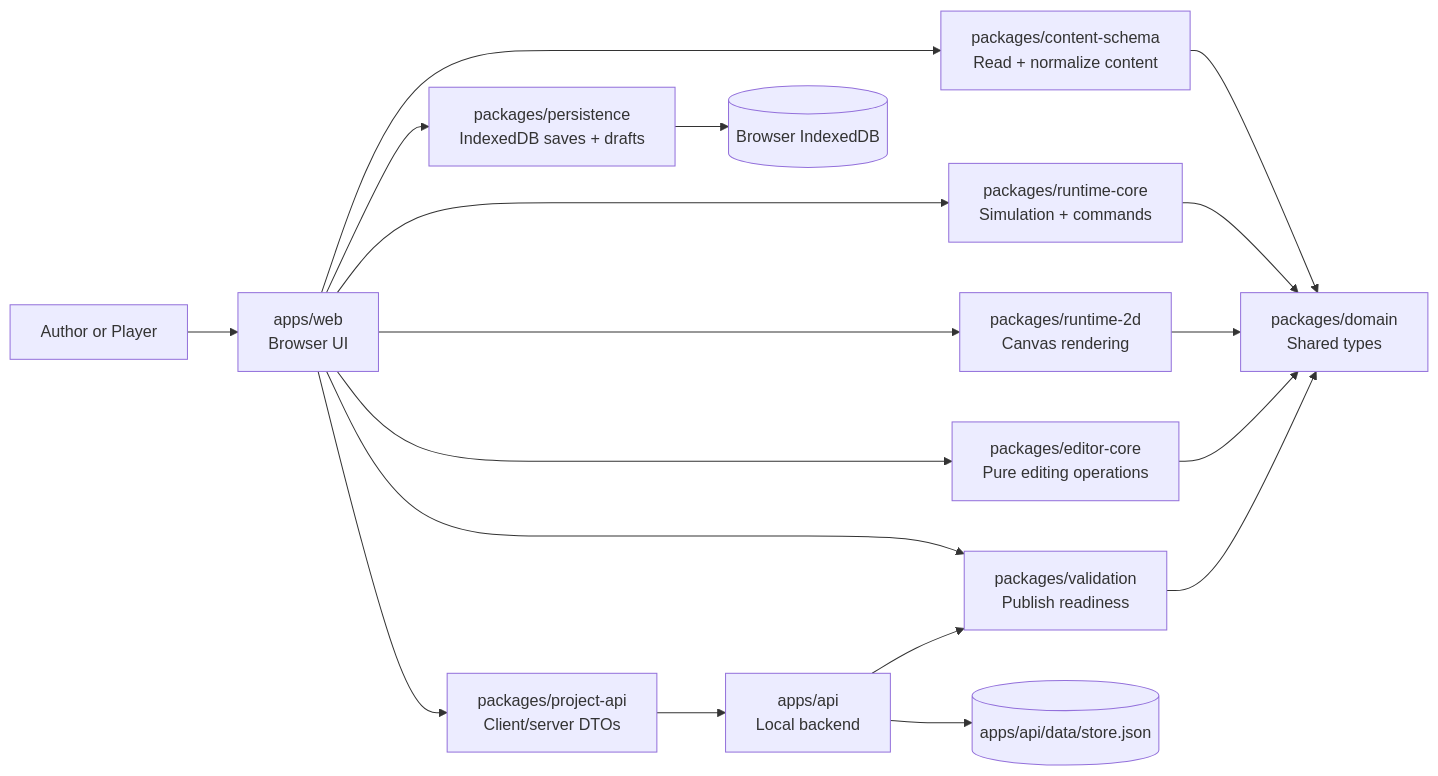
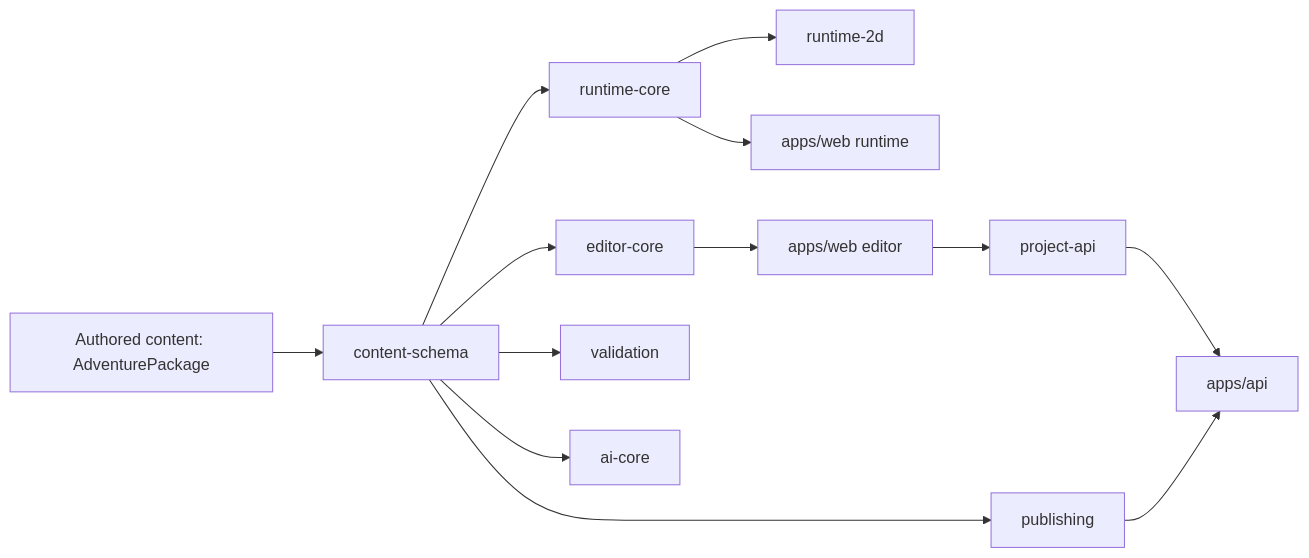
The diagram in docs/system-reference.md (ianohlander/ACS), drawn with Mermaid before and after one commit. The commit also changed other lines of this file and 14 other files, not shown here.

````diff
--- a/docs/system-reference.md
+++ b/docs/system-reference.md
@@ -570,44 +333,15 @@
 ```mermaid
 flowchart LR
-    User[Author or Player]
-    Web[apps/web
-Browser UI]
-    API[apps/api
-Local backend]
-    Schema[packages/content-schema
-Read + normalize content]
-    Domain[packages/domain
-Shared types]
-    Runtime[packages/runtime-core
-Simulation + commands]
-    Renderer[packages/runtime-2d
-Canvas rendering]
-    Editor[packages/editor-core
-Pure editing operations]
-    Validation[packages/validation
-Publish readiness]
-    Persistence[packages/persistence
-IndexedDB saves + drafts]
-    ProjectApi[packages/project-api
-Client/server DTOs]
-    Store[(apps/api/data/store.json)]
-    IndexedDb[(Browser IndexedDB)]
-
-    User --> Web
-    Web --> Schema
-    Web --> Runtime
-    Web --> Renderer
-    Web --> Editor
-    Web --> Validation
-    Web --> Persistence
-    Web --> ProjectApi
-    ProjectApi --> API
-    API --> Validation
-    API --> Store
-    Persistence --> IndexedDb
-    Schema --> Domain
-    Runtime --> Domain
-    Renderer --> Domain
-    Editor --> Domain
-    Validation --> Domain
+    A[Authored content: AdventurePackage] --> B[content-schema]
+    B --> C[runtime-core]
+    B --> D[editor-core]
+    B --> E[validation]
+    B --> F[publishing]
+    B --> G[ai-core]
+    C --> H[runtime-2d]
+    C --> I[apps/web runtime]
+    D --> J[apps/web editor]
+    J --> K[project-api]
+    K --> L[apps/api]
+    F --> L
 ```
````
